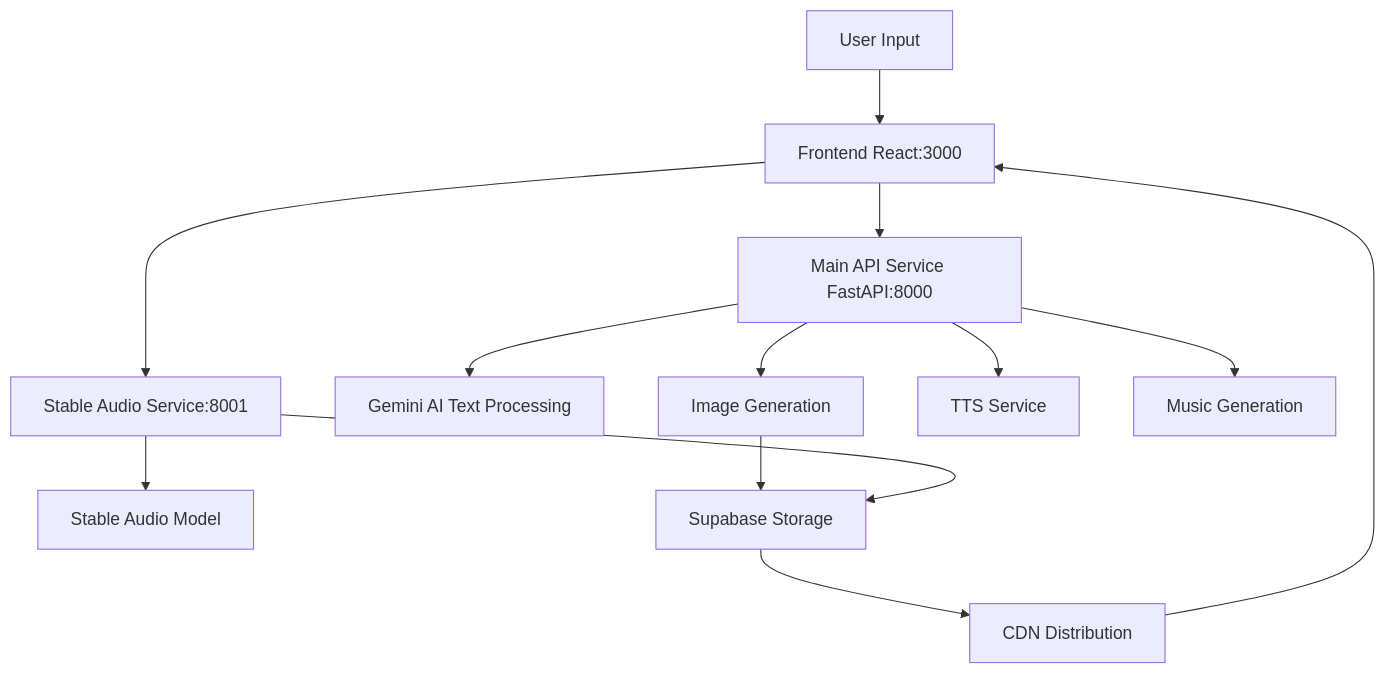
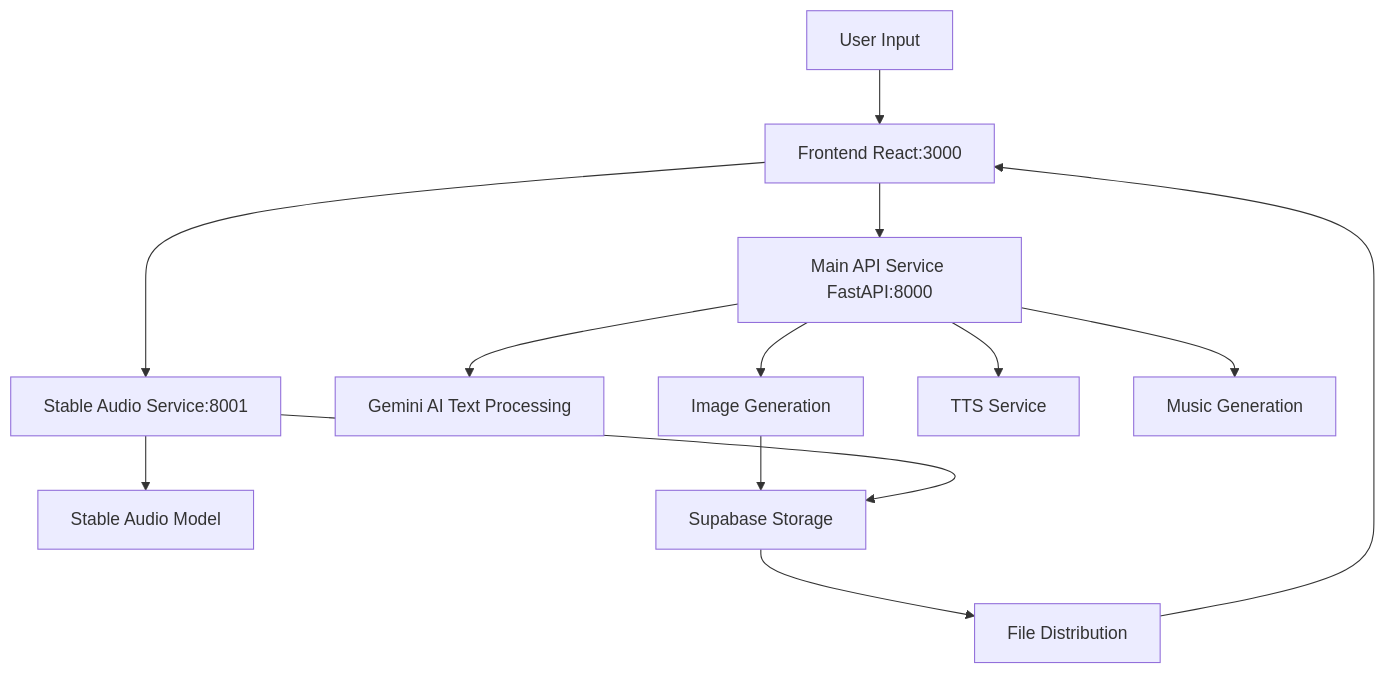
Before and after one commit to yaxuanm/Nightingale: the diagram in README.md, drawn with Mermaid. The commit also changed other lines of this file, not shown here.

Commit message:
Fix project architecture: show correct virtual environments and clarify file distribution flow

````diff
--- a/README.md
+++ b/README.md
@@ -76,15 +79,15 @@
 ```mermaid
 graph TD
     A[User Input] --> B[Frontend React:3000]
     B --> C[Main API Service FastAPI:8000]
     B --> D[Stable Audio Service:8001]
     C --> E[Gemini AI Text Processing]
     C --> F[Image Generation]
     C --> G[TTS Service]
     C --> H[Music Generation]
     D --> I[Stable Audio Model]
     F --> J[Supabase Storage]
     D --> J
-    J --> K[CDN Distribution]
+    J --> K[File Distribution]
     K --> B
 ```
````
